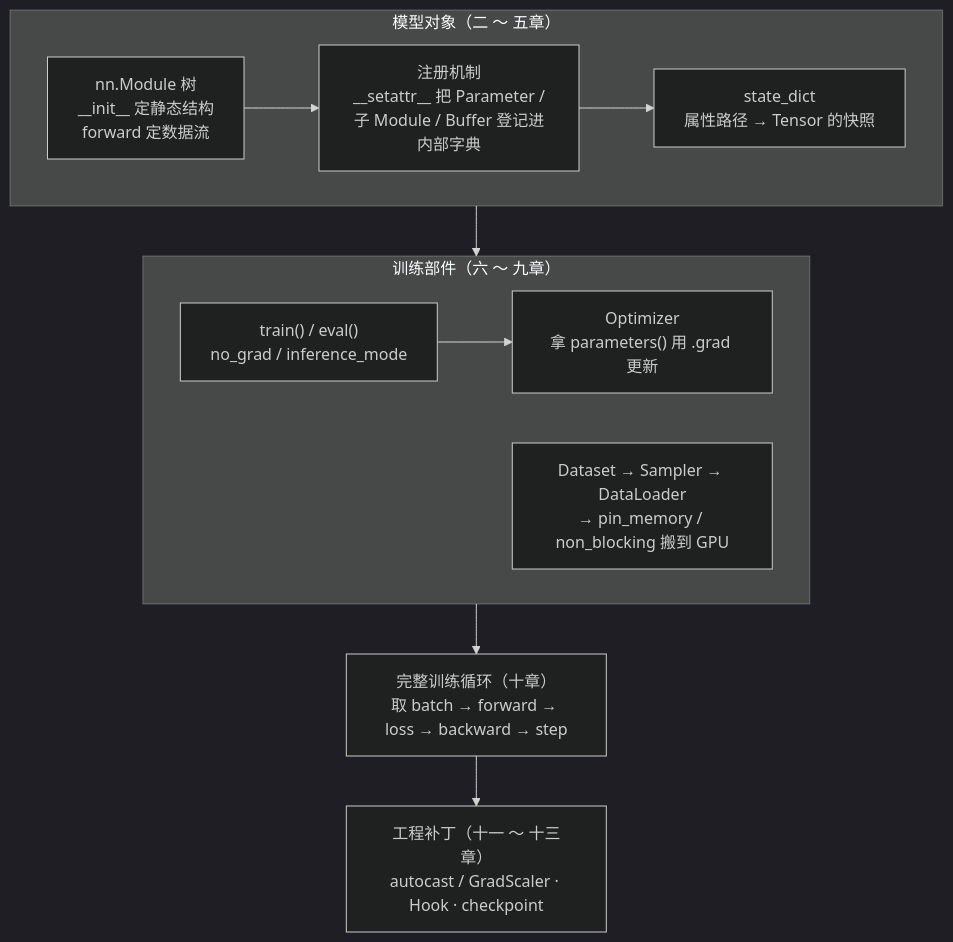
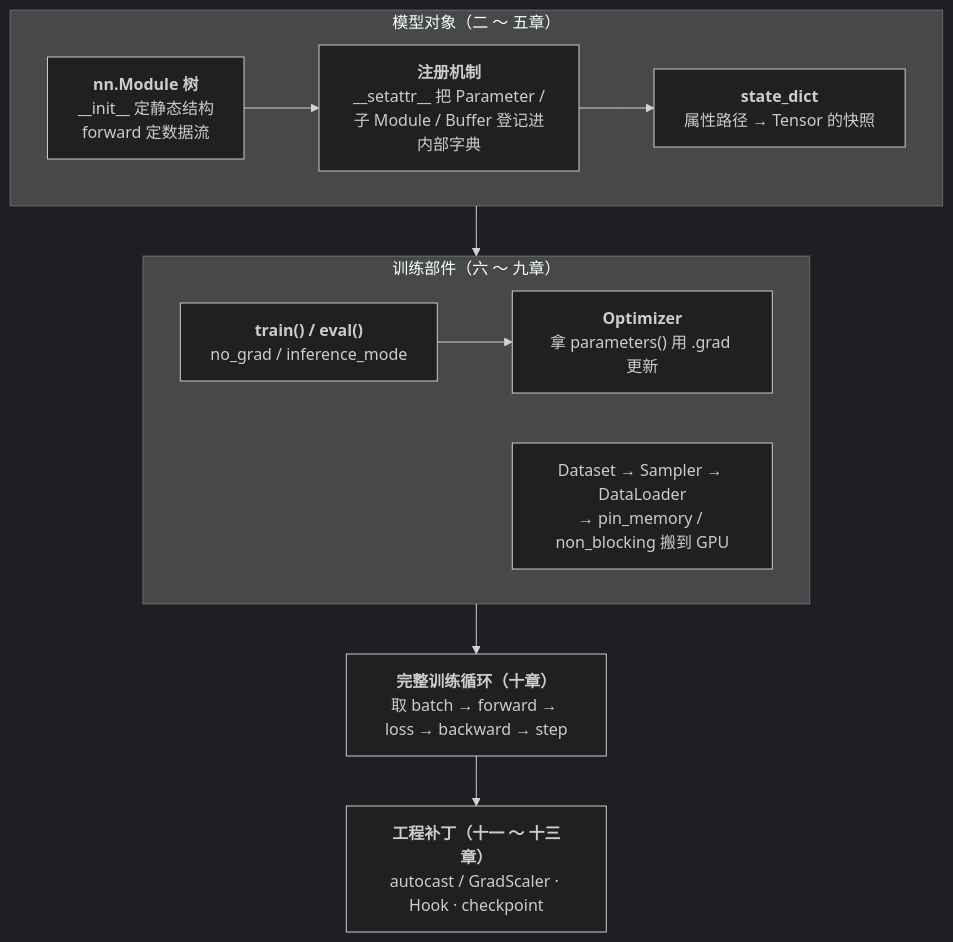
The first of 6 diagrams in _posts/2026-02-20-pytorch-module-and-training-system.md (arganzheng/arganzheng.github.com), drawn with Mermaid (dark theme) before and after one commit. The commit also changed other lines of this file and 10 other files, not shown here.

First line of the commit message:
PyTorch 深度实践：从 Tensor 到深度学习运行时：Mermaid 多行方框的首行标为标题（11 篇）

````diff
--- a/_posts/2026-02-20-pytorch-module-and-training-system.md
+++ b/_posts/2026-02-20-pytorch-module-and-training-system.md
@@ -44,16 +44,16 @@
 ```mermaid
 %% 图：本文的主线：Module 树（第二至五章）→ 三种状态与 Optimizer（六、七）→ 数据管线（八、九）→ 拼成训练循环（十）→ 混合精度 / Hook / checkpoint（十一至十三）
 flowchart TB
     subgraph M["模型对象（二 ～ 五章）"]
         direction LR
-        A["nn.Module 树<br/>__init__ 定静态结构<br/>forward 定数据流"] --> B["注册机制<br/>__setattr__ 把 Parameter /<br/>子 Module / Buffer 登记进内部字典"] --> C["state_dict<br/>属性路径 → Tensor 的快照"]
+        A["<b>nn.Module 树</b><br/>__init__ 定静态结构<br/>forward 定数据流"] --> B["<b>注册机制</b><br/>__setattr__ 把 Parameter /<br/>子 Module / Buffer 登记进内部字典"] --> C["<b>state_dict</b><br/>属性路径 → Tensor 的快照"]
     end
     subgraph T["训练部件（六 ～ 九章）"]
         direction LR
-        D["train() / eval()<br/>no_grad / inference_mode"] --> E["Optimizer<br/>拿 parameters() 用 .grad 更新"]
+        D["<b>train() / eval()</b><br/>no_grad / inference_mode"] --> E["<b>Optimizer</b><br/>拿 parameters() 用 .grad 更新"]
         F["Dataset → Sampler → DataLoader<br/>→ pin_memory / non_blocking 搬到 GPU"]
     end
     M --> T
-    T --> G["完整训练循环（十章）<br/>取 batch → forward → loss → backward → step"]
-    G --> H["工程补丁（十一 ～ 十三章）<br/>autocast / GradScaler · Hook · checkpoint"]
+    T --> G["<b>完整训练循环（十章）</b><br/>取 batch → forward → loss → backward → step"]
+    G --> H["<b>工程补丁（十一 ～ 十三章）</b><br/>autocast / GradScaler · Hook · checkpoint"]
 ```
````
